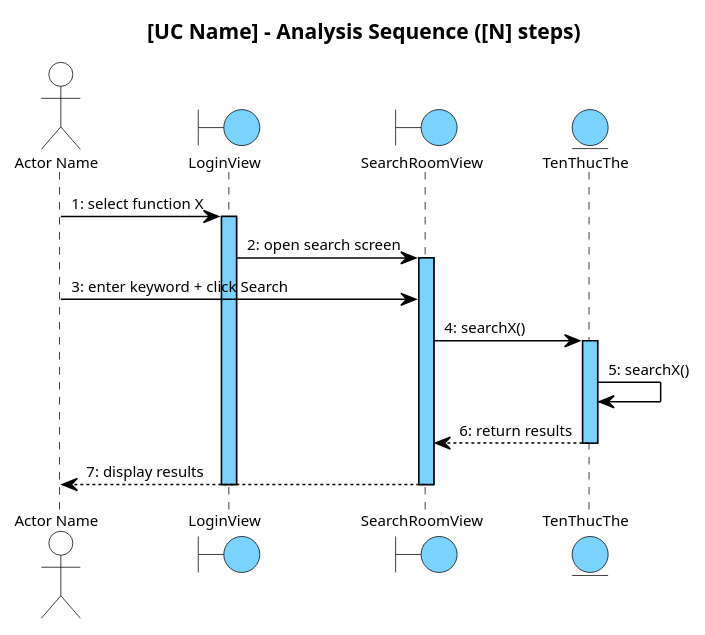
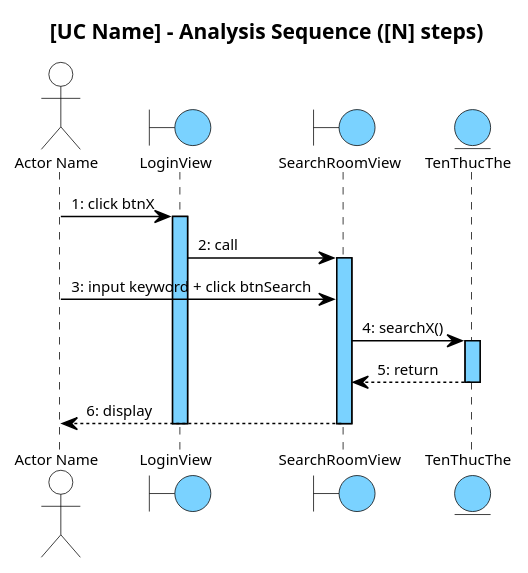
Before and after one commit to thanhtrnnn/cnpm: the diagram in .claude/skills/cnpm/references/ii.4_tuantu_phantich.md, drawn with PlantUML. The commit also changed other lines of this file and 3 other files, not shown here.

First line of the commit message:
feat(cnpm): add call/return/method() arrow convention + rewrite BCE ii.3

````diff
--- a/.claude/skills/cnpm/references/ii.4_tuantu_phantich.md
+++ b/.claude/skills/cnpm/references/ii.4_tuantu_phantich.md
@@ -46,75 +56,74 @@
 ```plantuml
 @startuml
 ' --- Main flow only — no alt blocks ---
 skinparam shadowing false
 skinparam SequenceMessageAlign left
 
 skinparam SequenceLifeLineBackgroundColor #7AD2FF
 skinparam SequenceLifeLineBorderColor #000000
 
 <style>
 sequenceDiagram {
   Shadowing 0
   RoundCorner 0
   FontName "Arial"
   FontSize 10
   FontColor #000000
 
   participant {
     BackgroundColor #7AD2FF
     LineColor #000000
     LineThickness 1
   }
 
   actor {
     BackgroundColor transparent
     LineColor #000000
   }
   boundary {
     BackgroundColor #7AD2FF
     LineColor #000000
   }
   control {
     BackgroundColor #7AD2FF
     LineColor #000000
   }
   entity {
     BackgroundColor #7AD2FF
     LineColor #000000
   }
 
   lifeline {
     LineColor #000000
     LineStyle 5-5
   }
 
   arrow {
     LineColor #000000
     LineThickness 1
     FontSize 10
   }
 }
 </style>
 
 title [UC Name] – Analysis Sequence ([N] steps)
 
 actor "Actor Name" as Actor
 boundary LoginView
 boundary SearchRoomView
 entity TenThucThe
 
-Actor -> LoginView : 1: select function X
+Actor -> LoginView : 1: click btnX
 activate LoginView
-LoginView -> SearchRoomView : 2: open search screen
+LoginView -> SearchRoomView : 2: call
 activate SearchRoomView
-Actor -> SearchRoomView : 3: enter keyword + click Search
+Actor -> SearchRoomView : 3: input keyword + click btnSearch
 SearchRoomView -> TenThucThe : 4: searchX()
 activate TenThucThe
-TenThucThe -> TenThucThe : 5: searchX()
-TenThucThe --> SearchRoomView : 6: return results
+TenThucThe --> SearchRoomView : 5: return
 deactivate TenThucThe
-SearchRoomView --> Actor : 7: display results
+SearchRoomView --> Actor : 6: display
 deactivate SearchRoomView
 deactivate LoginView
 @enduml
 ```
````
